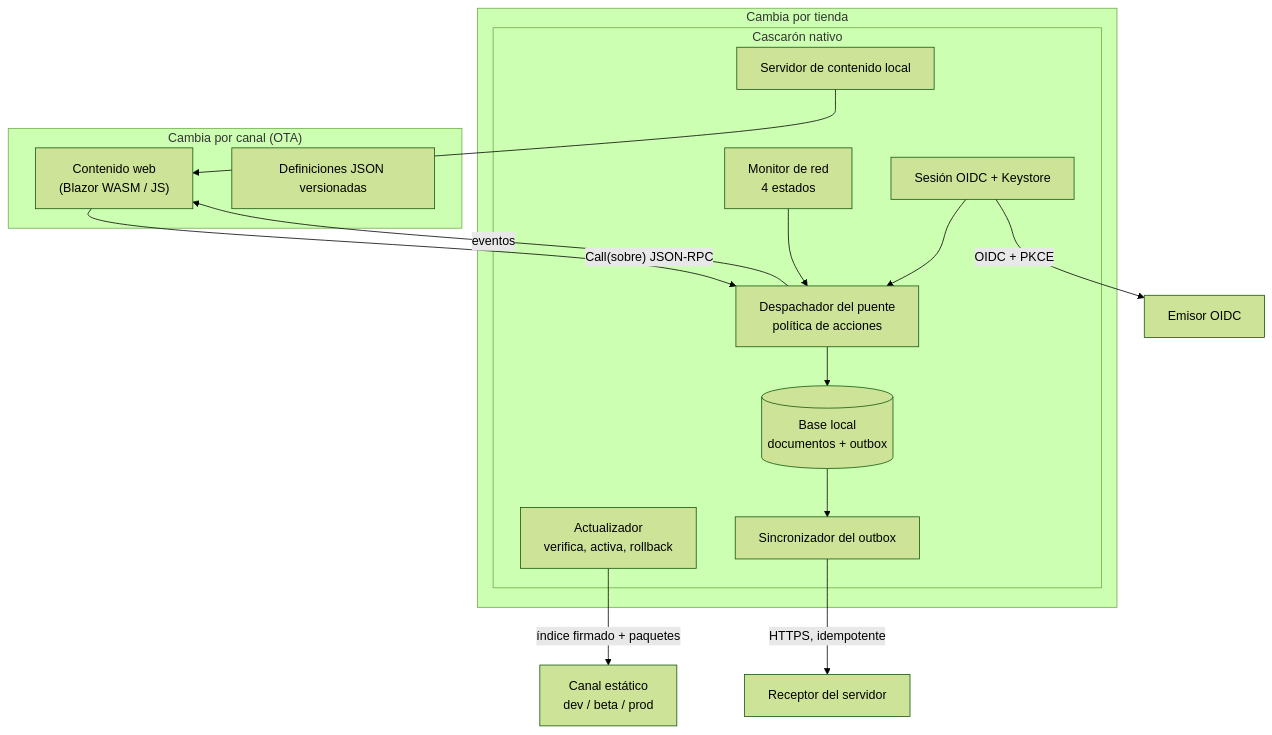
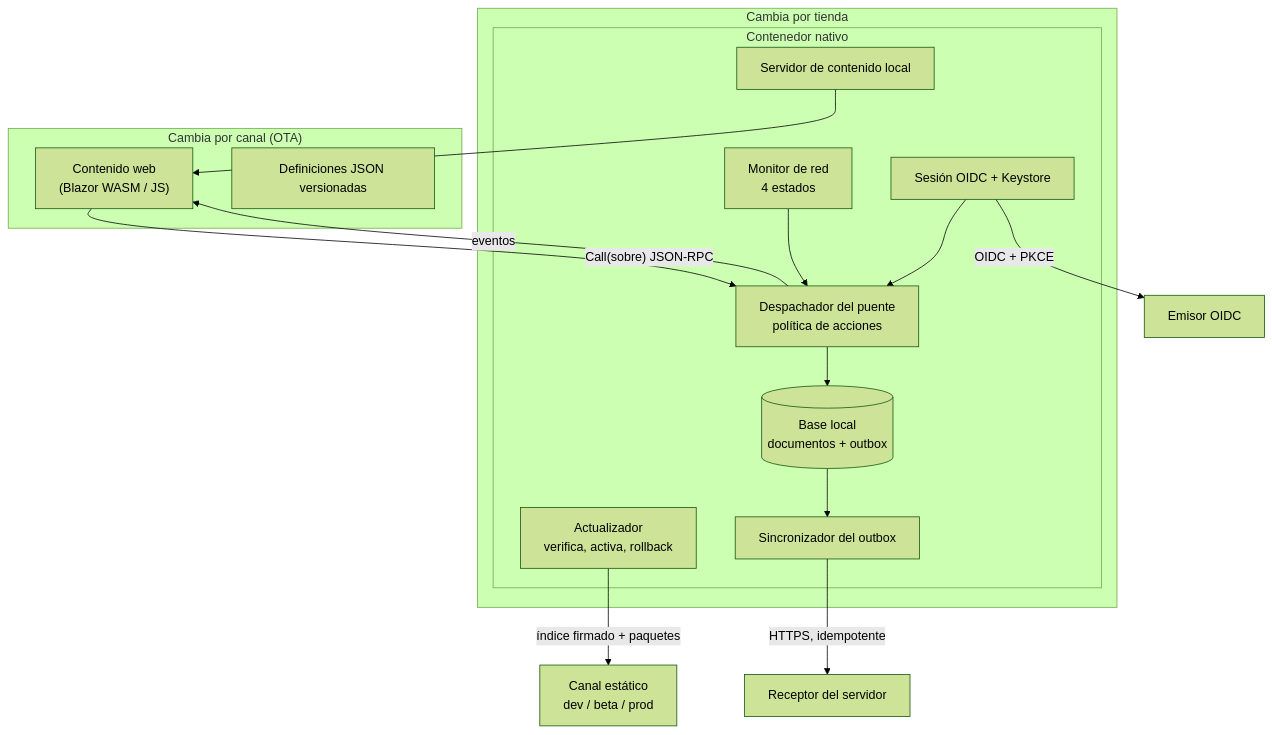
One commit to hdcm-dev/Lab-Documentos changed the first of 3 diagrams in Concepts/Framework-Concept/Conocimientos/Knowledge-App-Hibrida-OTA-Offline-First.md. Above: the diagram before and after it, drawn with Mermaid (forest theme). The commit also changed other lines of this file and 10 other files, not shown here.

First line of the commit message:
Framework-Concept: «cascarón» → «contenedor nativo» (ADR-0001) y pauta Apple 4.7.2

````diff
--- a/Concepts/Framework-Concept/Conocimientos/Knowledge-App-Hibrida-OTA-Offline-First.md
+++ b/Concepts/Framework-Concept/Conocimientos/Knowledge-App-Hibrida-OTA-Offline-First.md
@@ -96,28 +96,28 @@
 ```mermaid
 flowchart TB
   subgraph Tienda["Cambia por tienda"]
-    subgraph Cascaron["Cascarón nativo"]
+    subgraph Cascaron["Contenedor nativo"]
       ACT["Actualizador<br/>verifica, activa, rollback"]
       SRV["Servidor de contenido local"]
       DESP["Despachador del puente<br/>política de acciones"]
       DB[("Base local<br/>documentos + outbox")]
       SYNC["Sincronizador del outbox"]
       RED["Monitor de red<br/>4 estados"]
       SES["Sesión OIDC + Keystore"]
     end
   end
   subgraph Canal["Cambia por canal (OTA)"]
     CONT["Contenido web<br/>(Blazor WASM / JS)"]
     DEF["Definiciones JSON versionadas"]
   end
   CONT -- "Call(sobre) JSON-RPC" --> DESP
   DESP -- "eventos" --> CONT
   SRV --> CONT
   DESP --> DB
   DB --> SYNC
   SYNC -- "HTTPS, idempotente" --> API["Receptor del servidor"]
   ACT -- "índice firmado + paquetes" --> CDN["Canal estático<br/>dev / beta / prod"]
   RED --> DESP
   SES --> DESP
   SES -- "OIDC + PKCE" --> IDP["Emisor OIDC"]
 ```
````
